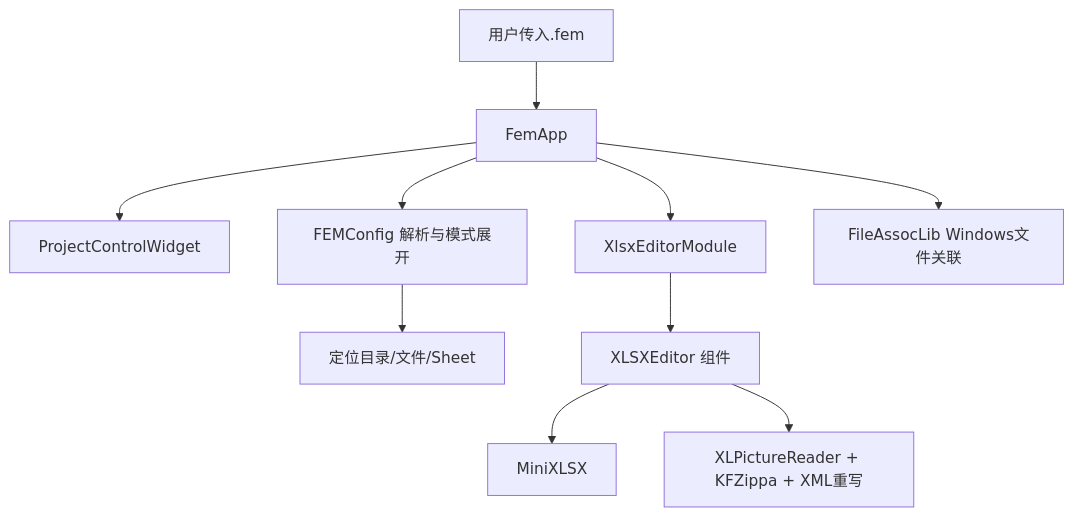
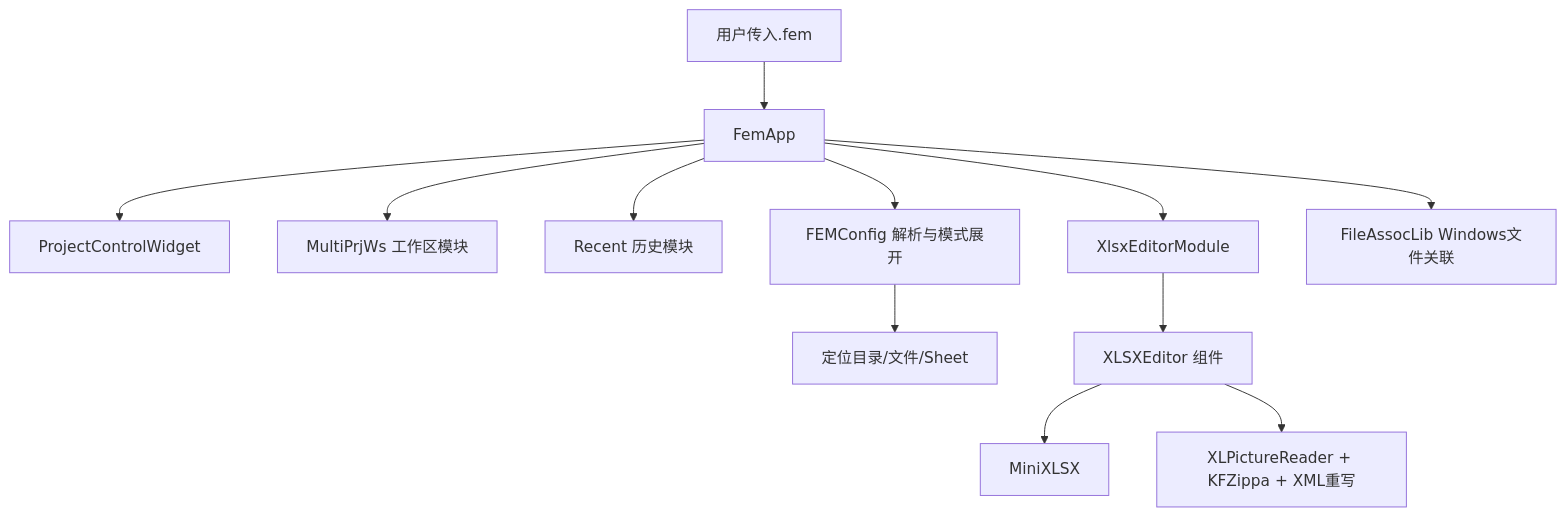
Before and after one commit to neoluxis/zju_FEMApp: the diagram in docs/femapp_desssiner.md, drawn with Mermaid. The commit also changed other lines of this file and 1 other file, not shown here.

````diff
--- a/docs/femapp_desssiner.md
+++ b/docs/femapp_desssiner.md
@@ -143,13 +151,15 @@
 ```mermaid
 graph TD
     A[用户传入.fem] --> B[FemApp]
     B --> K[ProjectControlWidget]
+    B --> M[MultiPrjWs 工作区模块]
+    B --> N[Recent 历史模块]
     B --> C[FEMConfig 解析与模式展开]
     C --> D[定位目录/文件/Sheet]
 
     B --> F[XlsxEditorModule]
     F --> G[XLSXEditor 组件]
     G --> H[MiniXLSX]
     G --> I[XLPictureReader + KFZippa + XML重写]
     B --> J[FileAssocLib Windows文件关联]
 ```
````
